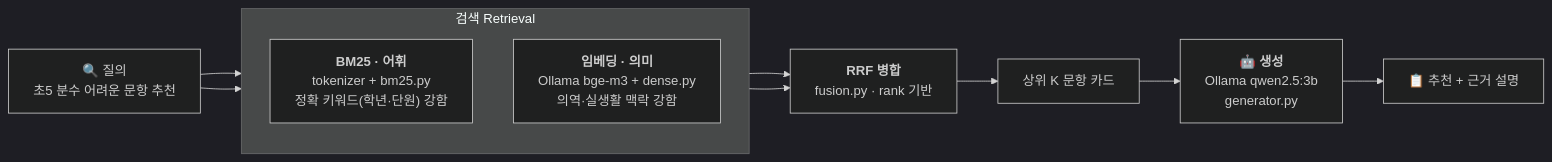
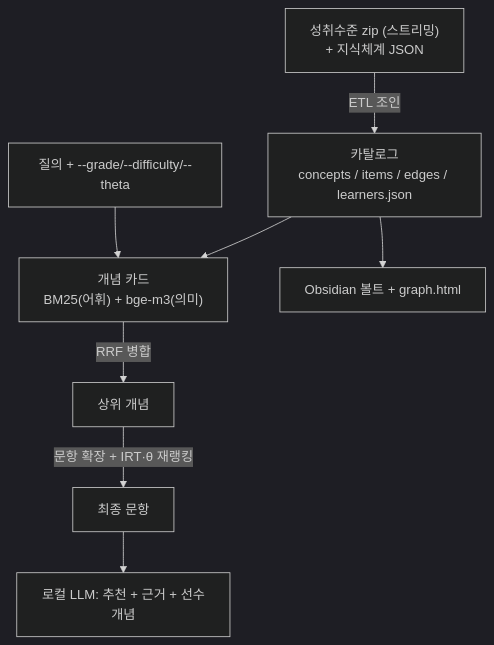
Before and after one commit to byunkyusup/A005-math-item-hybrid-rag: the diagram in README.md, drawn with Mermaid (dark theme). The commit also changed other lines of this file and 4 other files, not shown here.

````diff
--- a/README.md
+++ b/README.md
@@ -83,19 +44,10 @@
 ```mermaid
-flowchart LR
-    Q["🔍 질의<br/>초5 분수 어려운 문항 추천"]
-
-    subgraph R["검색 Retrieval"]
-        direction TB
-        BM25["<b>BM25 · 어휘</b><br/>tokenizer + bm25.py<br/>정확 키워드(학년·단원) 강함"]
-        DENSE["<b>임베딩 · 의미</b><br/>Ollama bge-m3 + dense.py<br/>의역·실생활 맥락 강함"]
-    end
-
-    RRF["<b>RRF 병합</b><br/>fusion.py · rank 기반"]
-    TOPK["상위 K 문항 카드"]
-    GEN["🤖 <b>생성</b><br/>Ollama qwen2.5:3b<br/>generator.py"]
-    OUT["📋 추천 + 근거 설명"]
-
-    Q --> BM25 --> RRF
-    Q --> DENSE --> RRF
-    RRF --> TOPK --> GEN --> OUT
+flowchart TD
+    A["성취수준 zip (스트리밍)<br/>+ 지식체계 JSON"] -->|ETL 조인| B["카탈로그<br/>concepts / items / edges / learners.json"]
+    B --> C["개념 카드<br/>BM25(어휘) + bge-m3(의미)"]
+    Q["질의 + --grade/--difficulty/--theta"] --> C
+    C -->|RRF 병합| D["상위 개념"]
+    D -->|문항 확장 + IRT·θ 재랭킹| E["최종 문항"]
+    E --> F["로컬 LLM: 추천 + 근거 + 선수개념"]
+    B --> G["Obsidian 볼트 + graph.html"]
 ```
````
